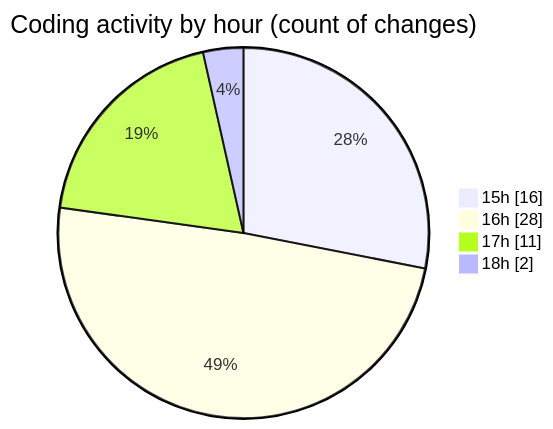
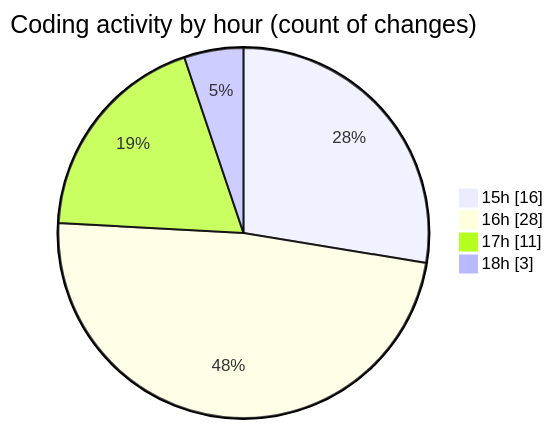
One commit to mevix1/code-tracking changed the second of 2 diagrams in 2025-10-01/oura-api/README.md. Above: the diagram before and after it, drawn with Mermaid. The commit also changed other lines of this file and 1 other file, not shown here.

````diff
--- a/2025-10-01/oura-api/README.md
+++ b/2025-10-01/oura-api/README.md
@@ -64,8 +64,8 @@
 ```mermaid
 pie showData
 title Coding activity by hour (count of changes)
 "15h" : 16
 "16h" : 28
 "17h" : 11
-"18h" : 2
+"18h" : 3
 ```
````
